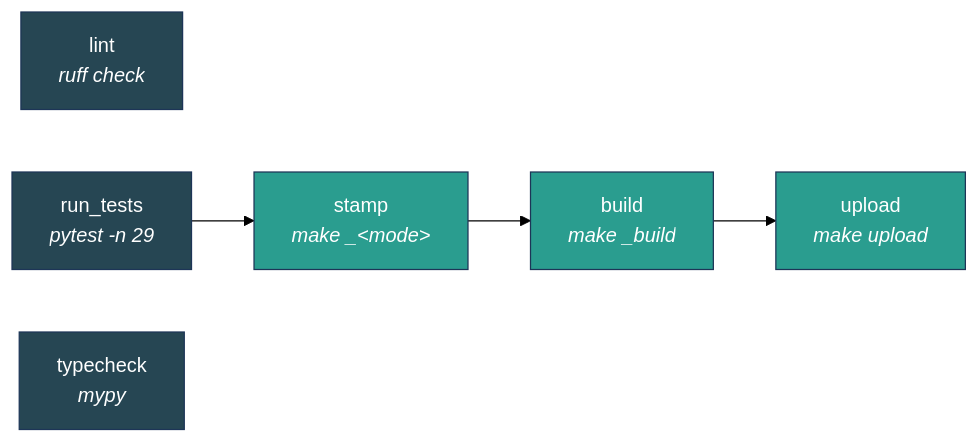
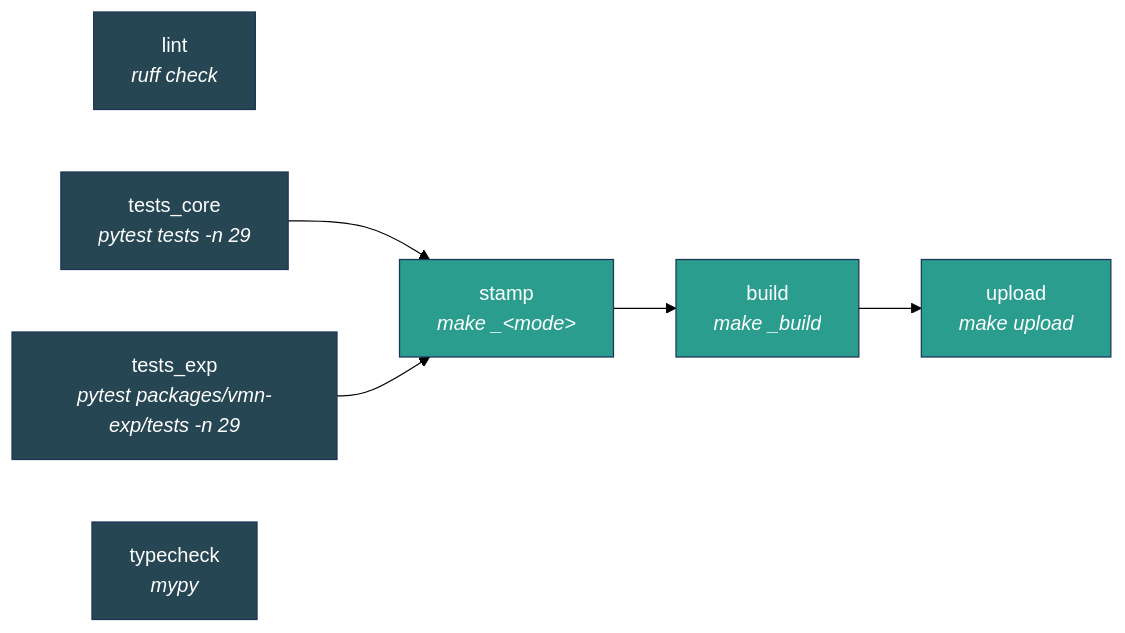
The second of 2 diagrams in ci/README.md (progovoy/vmn), drawn with Mermaid (forest theme) before and after one commit. The commit also changed other lines of this file and 2 other files, not shown here.

First line of the commit message:
ci: tests_core and tests_exp stages replace run_tests

````diff
--- a/ci/README.md
+++ b/ci/README.md
@@ -44,16 +44,19 @@
 ```mermaid
 graph LR
     lint["lint<br/><i>ruff check</i>"]
-    run_tests["run_tests<br/><i>pytest -n 29</i>"]
+    tests_core["tests_core<br/><i>pytest tests -n 29</i>"]
+    tests_exp["tests_exp<br/><i>pytest packages/vmn-exp/tests -n 29</i>"]
     typecheck["typecheck<br/><i>mypy</i>"]
-    run_tests --> stamp["stamp<br/><i>make _&lt;mode&gt;</i>"]
+    tests_core --> stamp["stamp<br/><i>make _&lt;mode&gt;</i>"]
+    tests_exp --> stamp
     stamp --> build["build<br/><i>make _build</i>"]
     build --> upload["upload<br/><i>make upload</i>"]
 
     style lint fill:#264653,stroke:#1d3557,color:#fff
-    style run_tests fill:#264653,stroke:#1d3557,color:#fff
+    style tests_core fill:#264653,stroke:#1d3557,color:#fff
+    style tests_exp fill:#264653,stroke:#1d3557,color:#fff
     style typecheck fill:#264653,stroke:#1d3557,color:#fff
     style stamp fill:#2a9d8f,stroke:#1d3557,color:#fff
     style build fill:#2a9d8f,stroke:#1d3557,color:#fff
     style upload fill:#2a9d8f,stroke:#1d3557,color:#fff
 ```
````
